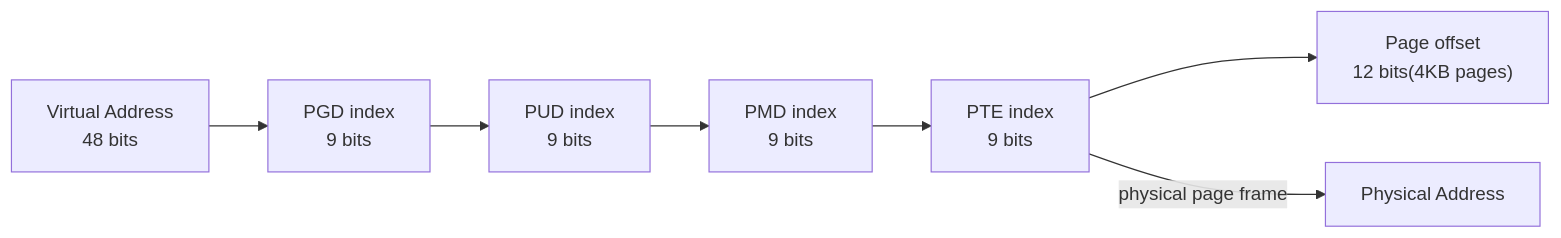
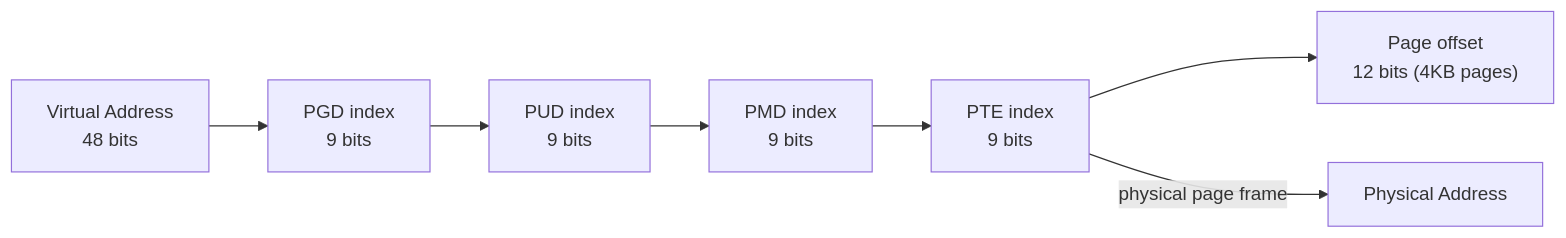
One commit to pploc/swe-icon-the-moment changed the diagram in content/questions/fundamentals/virtual-memory-paging.md. Above: the diagram before and after it, drawn with Mermaid. The commit also changed 95 other files, not shown here.

Commit message:
fix: update the practice mode diagram bug not display

````diff
--- a/content/questions/fundamentals/virtual-memory-paging.md
+++ b/content/questions/fundamentals/virtual-memory-paging.md
@@ -25,11 +25,12 @@
 ```mermaid
 flowchart LR
     VA["Virtual Address\n48 bits"] --> L4["PGD index\n9 bits"]
     L4 --> L3["PUD index\n9 bits"]
     L3 --> L2["PMD index\n9 bits"]
     L2 --> L1["PTE index\n9 bits"]
-    L1 --> Offset["Page offset\n12 bits(4KB pages)"]
+    L1 --> Offset["Page offset\n12 bits (4KB pages)"]
     L1 -->|"physical page frame"| PA["Physical Address"]
 
 
+
 ```
````
